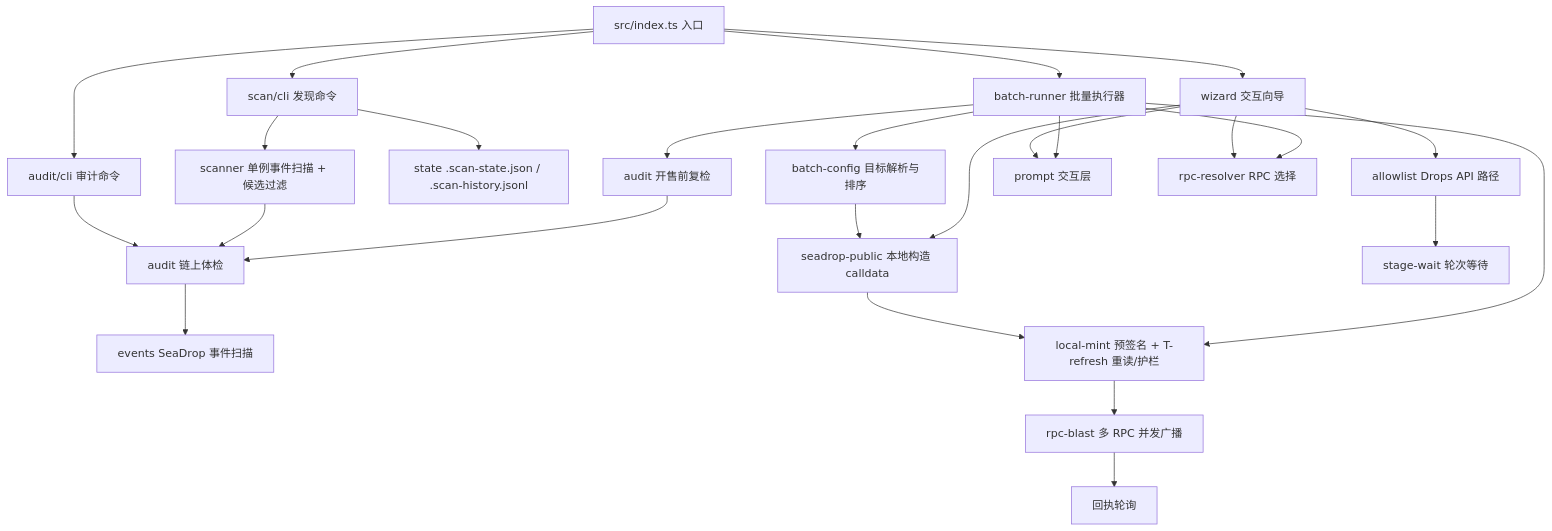
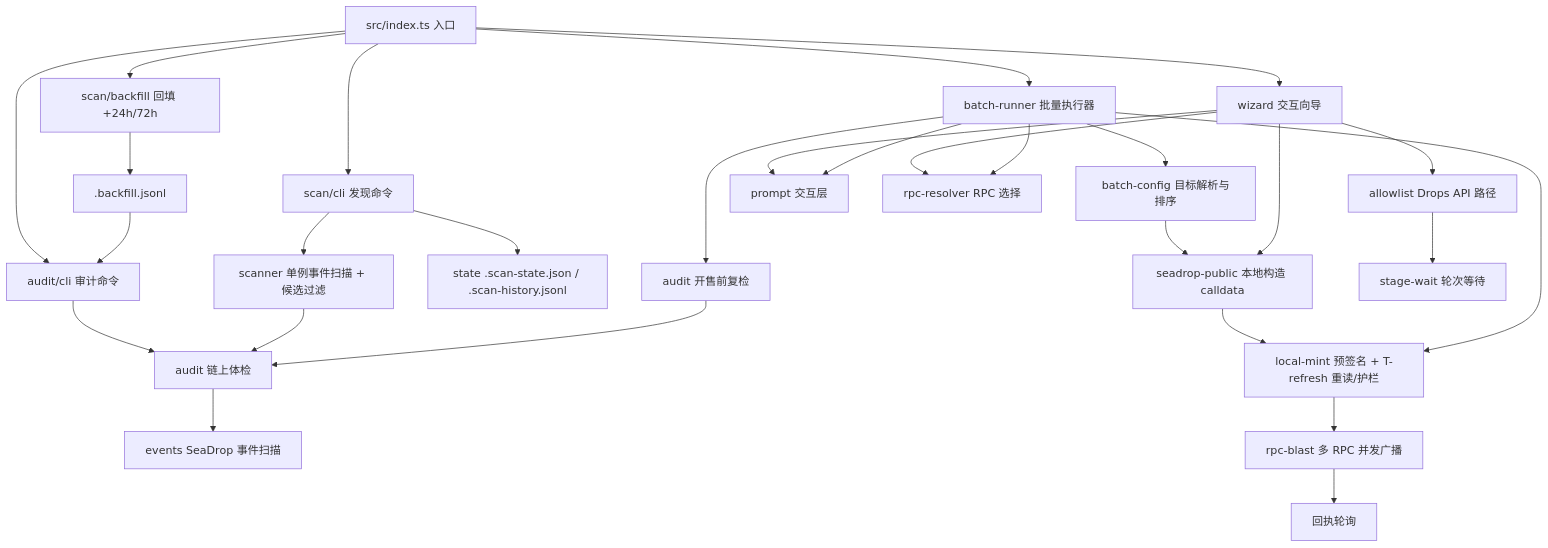
Before and after one commit to journeyanhk/opensea-nft-public-mint: the first of 2 diagrams in helloagents/wiki/arch.md, drawn with Mermaid. The commit also changed other lines of this file and 18 other files, not shown here.

````diff
--- a/helloagents/wiki/arch.md
+++ b/helloagents/wiki/arch.md
@@ -4,27 +4,30 @@
 ```mermaid
 flowchart TD
     A[src/index.ts 入口] --> B[wizard 交互向导]
     A --> N[batch-runner 批量执行器]
     A --> P[audit/cli 审计命令]
     A --> T[scan/cli 发现命令]
     T --> U[scanner 单例事件扫描 + 候选过滤]
     T --> V[state .scan-state.json / .scan-history.jsonl]
     N --> O[batch-config 目标解析与排序]
     N --> Q[audit 开售前复检]
     P --> R[audit 链上体检]
     U --> R
     R --> S[events SeaDrop 事件扫描]
+    A --> W[scan/backfill 回填 +24h/72h]
+    W --> X[.backfill.jsonl]
+    X --> P
     Q --> R
     O --> C
     B --> C[seadrop-public 本地构造 calldata]
     B --> D[allowlist Drops API 路径]
     C --> E[local-mint 预签名 + T-refresh 重读/护栏]
     N --> E
     E --> F[rpc-blast 多 RPC 并发广播]
     F --> G[回执轮询]
     D --> H[stage-wait 轮次等待]
     B --> I[prompt 交互层]
     N --> I
     B --> J[rpc-resolver RPC 选择]
     N --> J
 ```
````
